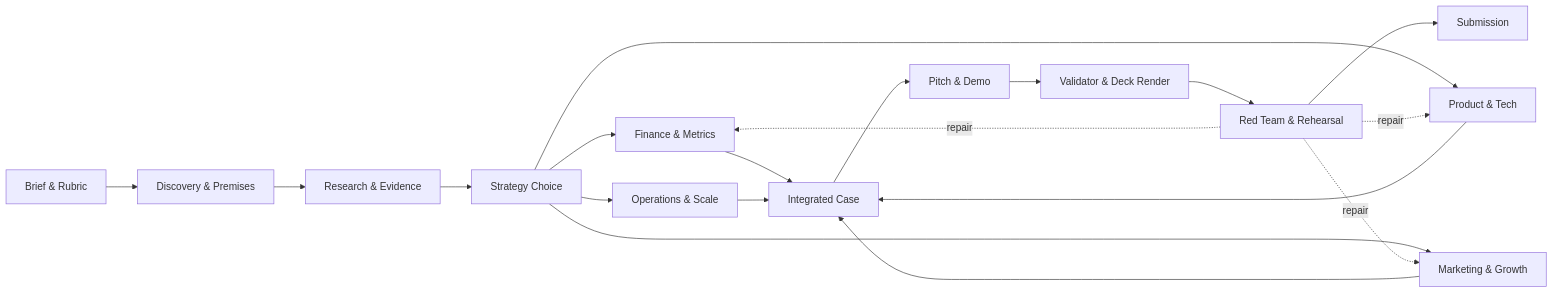
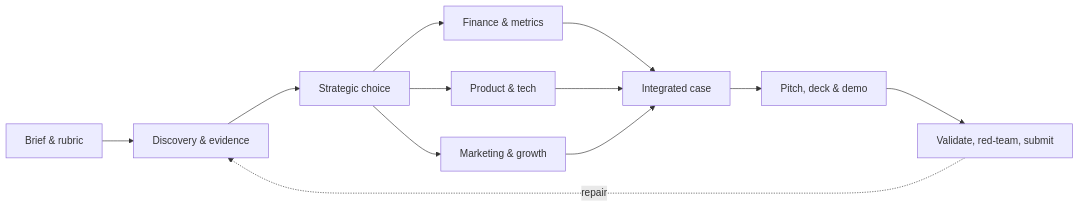
One commit to Faeif/casekit changed the diagram in README.md. Above: the diagram before and after it, drawn with Mermaid. The commit also changed other lines of this file and 1 other file, not shown here.

Commit message:
docs: refresh README discovery (#5)

````diff
--- a/README.md
+++ b/README.md
@@ -11,21 +57,12 @@
 ```mermaid
 flowchart LR
-    A["Brief & Rubric"] --> B["Discovery & Premises"]
-    B --> C["Research & Evidence"]
-    C --> D["Strategy Choice"]
-    D --> E["Finance & Metrics"]
-    D --> F["Product & Tech"]
-    D --> G["Marketing & Growth"]
-    D --> O["Operations & Scale"]
-    E --> H["Integrated Case"]
-    F --> H
-    G --> H
-    O --> H
-    H --> I["Pitch & Demo"]
-    I --> V["Validator & Deck Render"]
-    V --> J["Red Team & Rehearsal"]
-    J --> K["Submission"]
-    J -. "repair" .-> E
-    J -. "repair" .-> F
-    J -. "repair" .-> G
+    A[Brief & rubric] --> B[Discovery & evidence]
+    B --> C[Strategic choice]
+    C --> D[Finance & metrics]
+    C --> E[Product & tech]
+    C --> F[Marketing & growth]
+    D & E & F --> G[Integrated case]
+    G --> H[Pitch, deck & demo]
+    H --> I[Validate, red-team, submit]
+    I -. repair .-> B
 ```
````
